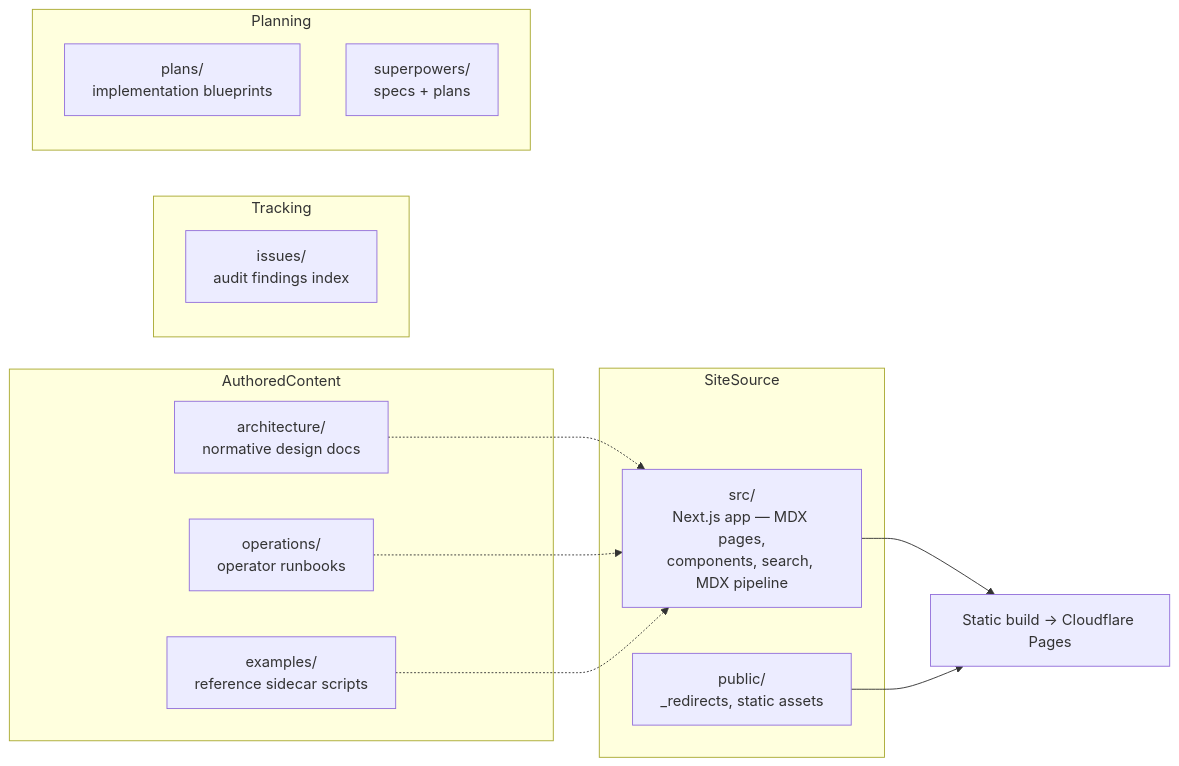
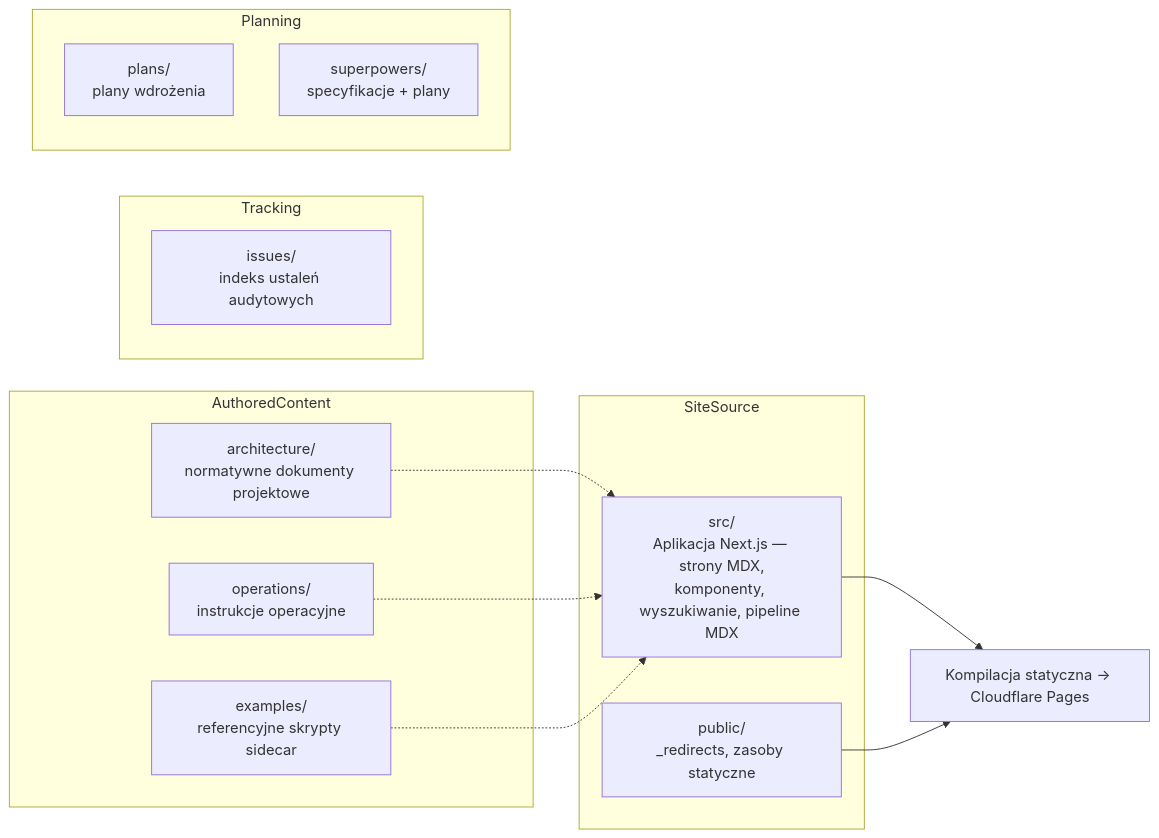
The diagram in docs.md (leszek3737/librefang-WIki), drawn with Mermaid before and after one commit. The commit also changed other lines of this file and 104 other files, not shown here.

````diff
--- a/docs.md
+++ b/docs.md
@@ -11,28 +11,28 @@
 ```mermaid
 flowchart LR
     subgraph SiteSource
-        SRC["src/<br/>Next.js app — MDX pages,<br/>components, search, MDX pipeline"]
-        PUB["public/<br/>_redirects, static assets"]
+        SRC["src/<br/>Aplikacja Next.js — strony MDX,<br/>komponenty, wyszukiwanie, pipeline MDX"]
+        PUB["public/<br/>_redirects, zasoby statyczne"]
     end
 
     subgraph AuthoredContent
-        ARCH["architecture/<br/>normative design docs"]
-        OPS["operations/<br/>operator runbooks"]
-        EX["examples/<br/>reference sidecar scripts"]
+        ARCH["architecture/<br/>normatywne dokumenty projektowe"]
+        OPS["operations/<br/>instrukcje operacyjne"]
+        EX["examples/<br/>referencyjne skrypty sidecar"]
     end
 
     subgraph Tracking
-        ISSUES["issues/<br/>audit findings index"]
+        ISSUES["issues/<br/>indeks ustaleń audytowych"]
     end
 
     subgraph Planning
-        PLANS["plans/<br/>implementation blueprints"]
-        SP["superpowers/<br/>specs + plans"]
+        PLANS["plans/<br/>plany wdrożenia"]
+        SP["superpowers/<br/>specyfikacje + plany"]
     end
 
-    SRC --> BUILD["Static build → Cloudflare Pages"]
+    SRC --> BUILD["Kompilacja statyczna → Cloudflare Pages"]
     PUB --> BUILD
     ARCH -.-> SRC
     OPS -.-> SRC
     EX -.-> SRC
 ```
````
